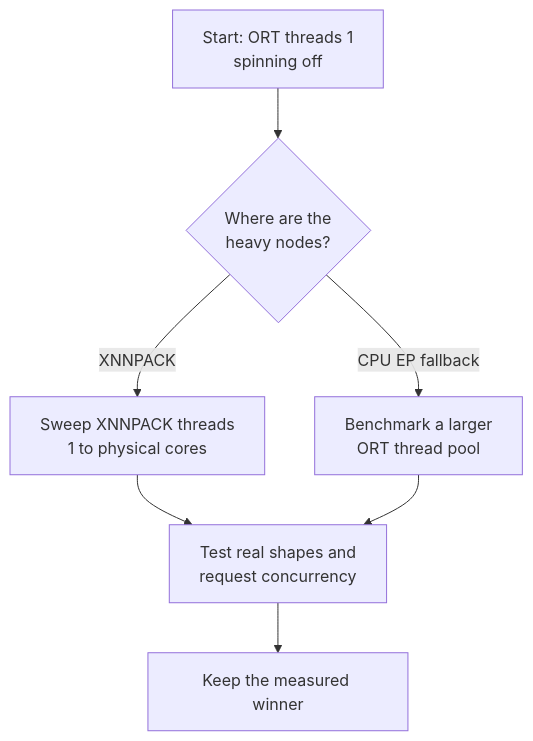
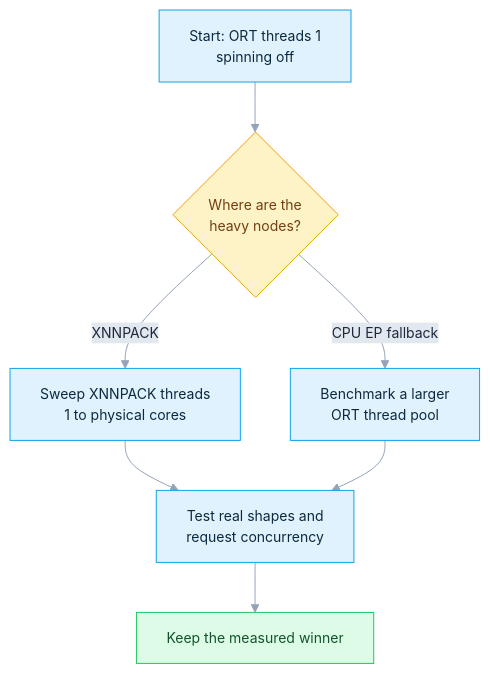
One commit to DakeQQ/Tutorial-ONNX-Runtime-Execution-Providers changed the seventh of 11 diagrams in XNNPACK/README.md. Above: the diagram before and after it, drawn with Mermaid. The commit also changed other lines of this file and 15 other files, not shown here.

````diff
--- a/XNNPACK/README.md
+++ b/XNNPACK/README.md
@@ -344,9 +404,16 @@
 ```mermaid
+%%{init: {"theme":"base","themeVariables":{"fontSize":"14px","lineColor":"#94a3b8","edgeLabelBackground":"#e2e8f0","primaryTextColor":"#1e293b"}}}%%
 flowchart TD
     S["Start: ORT threads 1<br/>spinning off"] --> A{"Where are the<br/>heavy nodes?"}
     A -->|XNNPACK| X["Sweep XNNPACK threads<br/>1 to physical cores"]
     A -->|CPU EP fallback| C["Benchmark a larger<br/>ORT thread pool"]
     X --> Q["Test real shapes and<br/>request concurrency"]
     C --> Q
     Q --> R["Keep the measured winner"]
+    classDef step fill:#e0f2fe,stroke:#0ea5e9,color:#0c2a3d;
+    classDef dec fill:#fef3c7,stroke:#f59e0b,color:#713f12;
+    classDef good fill:#dcfce7,stroke:#22c55e,color:#14532d;
+    class S,X,C,Q step;
+    class A dec;
+    class R good;
 ```
````
